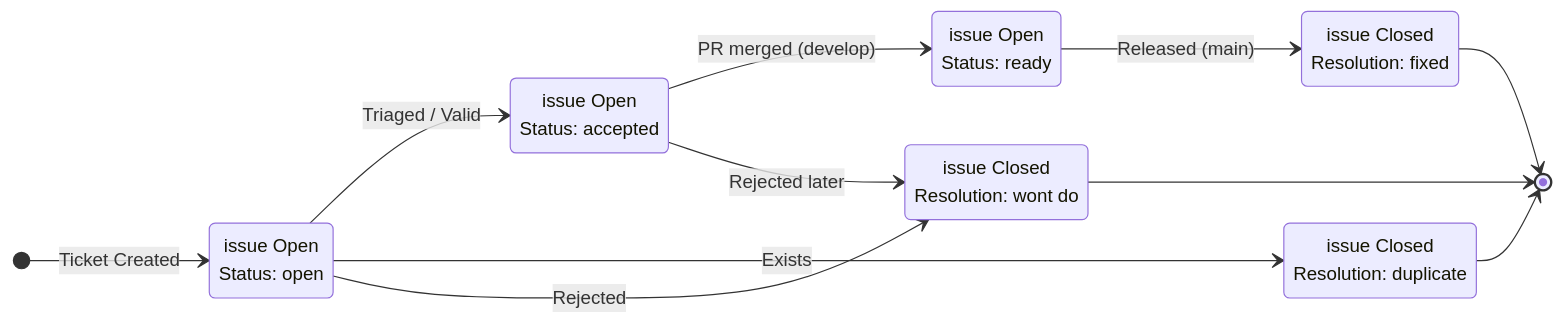
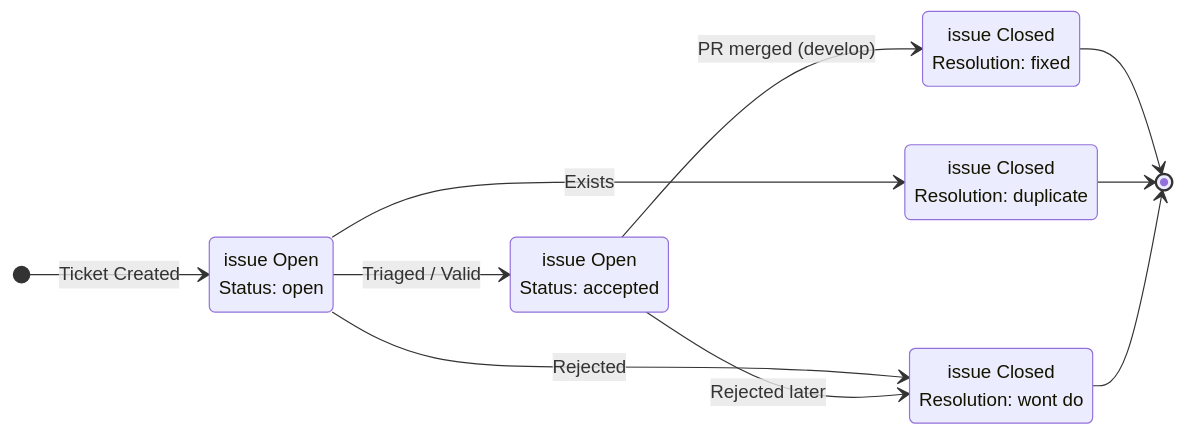
The diagram in CONTRIBUTING.md (naturelle137/AeroDash), drawn with Mermaid before and after one commit. The commit also changed other lines of this file and 5 other files, not shown here.

First line of the commit message:
docs(repo): simplify issue lifecycle — close on develop merge, no ready/Ready for Release

````diff
--- a/CONTRIBUTING.md
+++ b/CONTRIBUTING.md
@@ -271,23 +271,20 @@
 ```mermaid
 stateDiagram-v2
     direction LR
     state "issue Open<br/>Status: open" as open
     state "issue Open<br/>Status: accepted" as accepted
-    state "issue Open<br/>Status: ready" as ready
     state "issue Closed<br/>Resolution: fixed" as fixed
     state "issue Closed<br/>Resolution: duplicate" as duplicate
     state "issue Closed<br/>Resolution: wont do" as wont_do
 
     [*] --> open : Ticket Created
     open --> accepted : Triaged / Valid
     open --> duplicate : Exists
     open --> wont_do : Rejected
 
-    accepted --> ready : PR merged (develop)
     accepted --> wont_do : Rejected later
-
-    ready --> fixed : Released (main)
+    accepted --> fixed : PR merged (develop)
     fixed --> [*]
     duplicate --> [*]
     wont_do --> [*]
 ```
````
